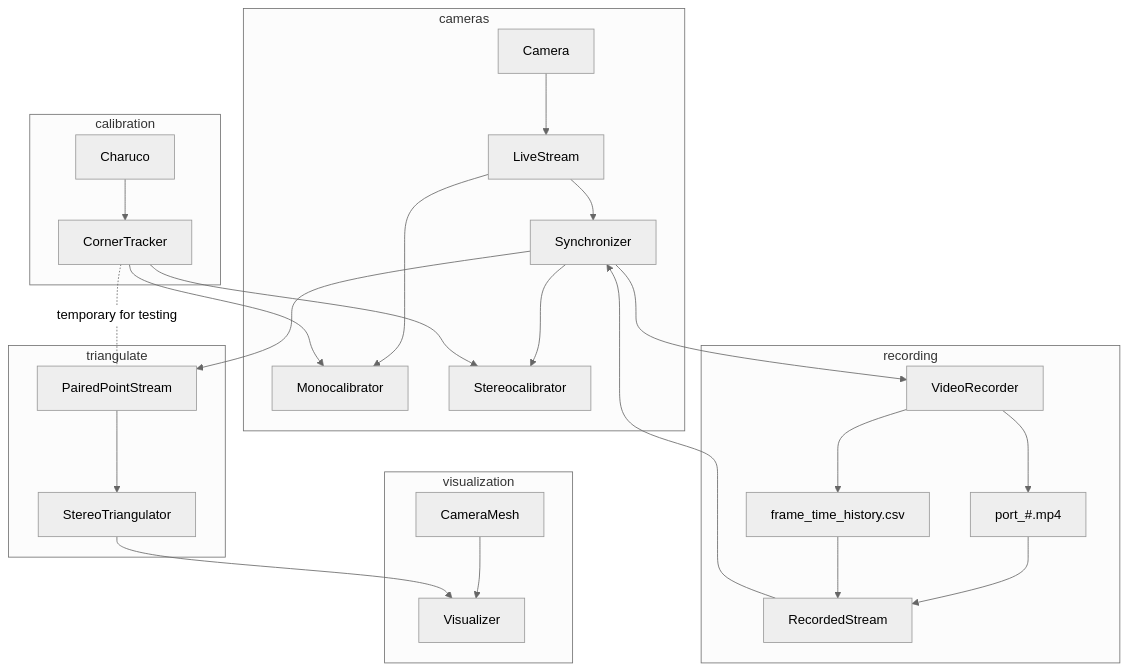
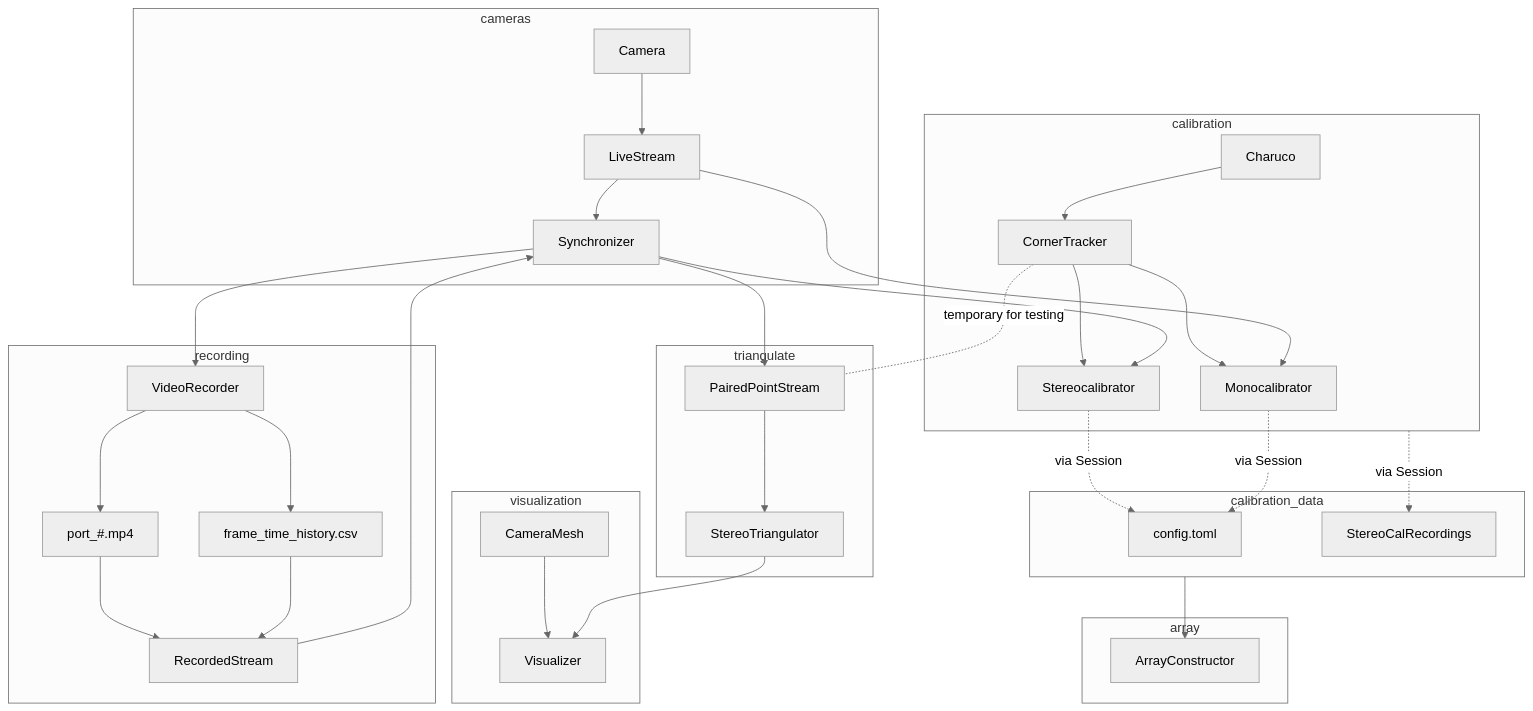
The diagram in README.md (mprib/caliscope), drawn with Mermaid (neutral theme) before and after one commit.

Commit message:
refining/updating flow

````diff
--- a/README.md
+++ b/README.md
@@ -30,41 +30,55 @@
 ```mermaid
-graph
+graph TD
 
 subgraph cameras
 Camera --> LiveStream
-LiveStream --> Monocalibrator
 LiveStream --> Synchronizer
-Synchronizer --> Stereocalibrator
 end
 
 subgraph calibration
 Charuco --> CornerTracker
 CornerTracker --> Monocalibrator
 CornerTracker --> Stereocalibrator
 end
 
+Synchronizer --> Stereocalibrator
+LiveStream --> Monocalibrator
+
+subgraph calibration_data
+config.toml
+StereoCalRecordings
+end
+
+Stereocalibrator -.via Session.-> config.toml
+calibration -.via Session.-> StereoCalRecordings
+Monocalibrator -.via Session.-> config.toml
+calibration_data --> ArrayConstructor
+
+subgraph array
+ArrayConstructor
+end
 
 Synchronizer --> PairedPointStream 
 
 subgraph recording
 Synchronizer --> VideoRecorder
 VideoRecorder --> port_#.mp4
 VideoRecorder --> frame_time_history.csv
 
 port_#.mp4 --> RecordedStream
 frame_time_history.csv --> RecordedStream
 RecordedStream --> Synchronizer
 end
 
-CornerTracker -.temporary for testing .- PairedPointStream
+CornerTracker -.temporary for testing.- PairedPointStream
 
 subgraph triangulate
-PairedPointStream -->StereoTriangulator
+PairedPointStream --> StereoTriangulator
 end
 
 subgraph visualization
 CameraMesh --> Visualizer
 StereoTriangulator --> Visualizer
 end
 
 ```
````
